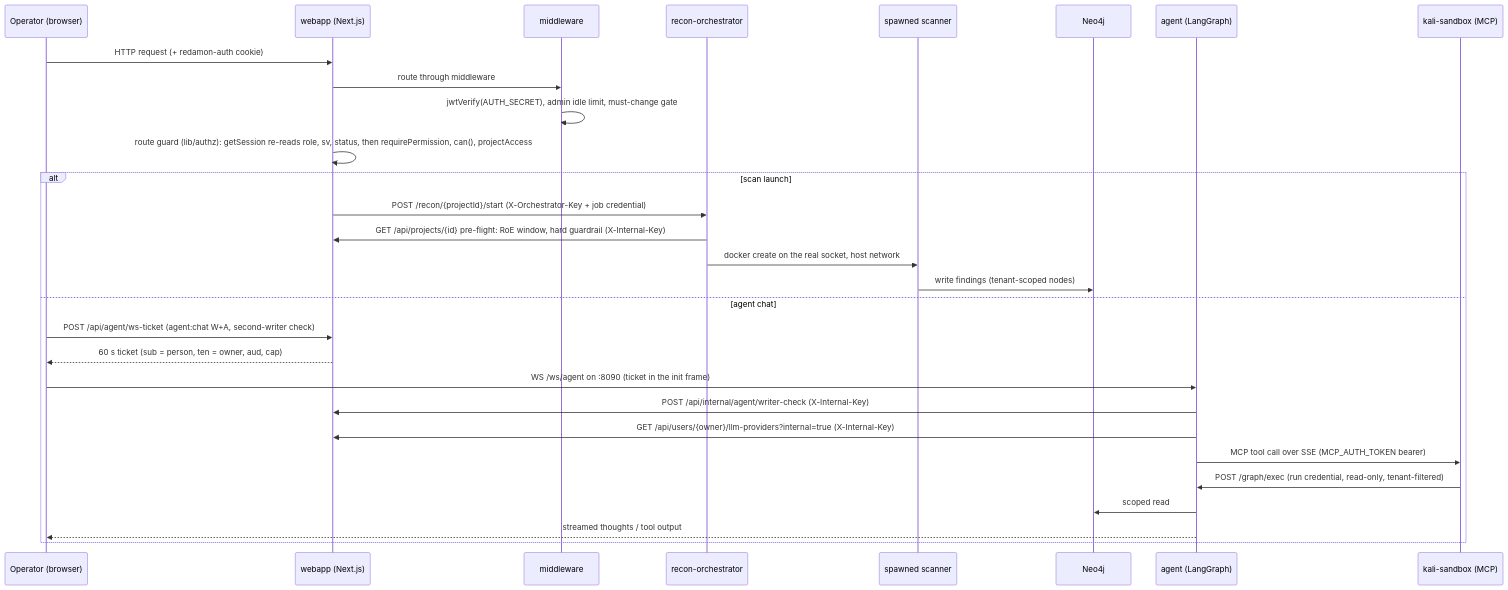
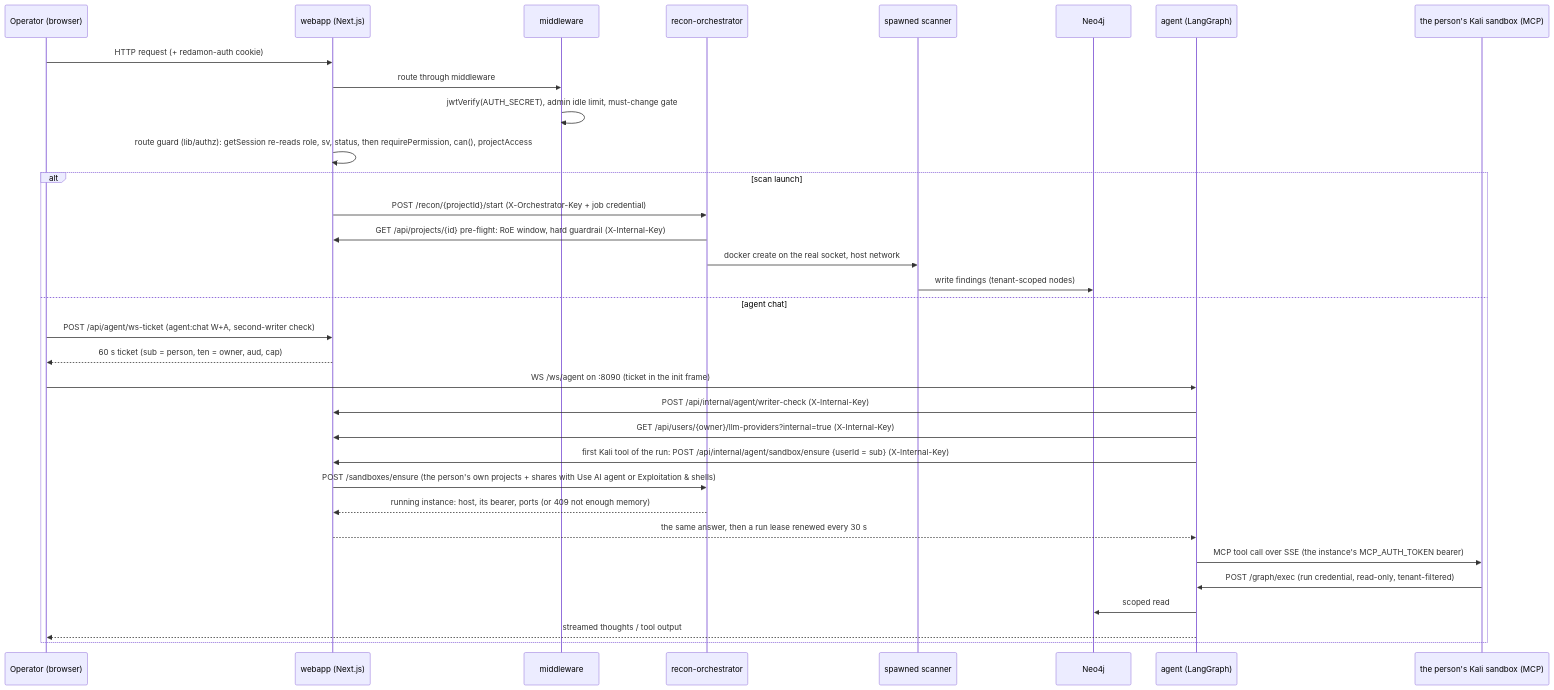
One commit to samugit83/redamon changed the second of 4 diagrams in docs/readmes/README.TM.SYSTEM_OVERVIEW.md. Above: the diagram before and after it, drawn with Mermaid. The commit also changed other lines of this file and 52 other files, not shown here.

First line of the commit message:
docs(sandbox): per-user Kali sandboxes across docs, wiki and agent rules (group 1)

````diff
--- a/docs/readmes/README.TM.SYSTEM_OVERVIEW.md
+++ b/docs/readmes/README.TM.SYSTEM_OVERVIEW.md
@@ -277,32 +282,36 @@
 ```mermaid
 sequenceDiagram
     participant U as Operator (browser)
     participant W as webapp (Next.js)
     participant MW as middleware
     participant O as recon-orchestrator
     participant S as spawned scanner
     participant N as Neo4j
     participant A as agent (LangGraph)
-    participant K as kali-sandbox (MCP)
+    participant K as the person's Kali sandbox (MCP)
 
     U->>W: HTTP request (+ redamon-auth cookie)
     W->>MW: route through middleware
     MW->>MW: jwtVerify(AUTH_SECRET), admin idle limit, must-change gate
     W->>W: route guard (lib/authz): getSession re-reads role, sv, status, then requirePermission, can(), projectAccess
     alt scan launch
         W->>O: POST /recon/{projectId}/start (X-Orchestrator-Key + job credential)
         O->>W: GET /api/projects/{id} pre-flight: RoE window, hard guardrail (X-Internal-Key)
         O->>S: docker create on the real socket, host network
         S->>N: write findings (tenant-scoped nodes)
     else agent chat
         U->>W: POST /api/agent/ws-ticket (agent:chat W+A, second-writer check)
         W-->>U: 60 s ticket (sub = person, ten = owner, aud, cap)
         U->>A: WS /ws/agent on :8090 (ticket in the init frame)
         A->>W: POST /api/internal/agent/writer-check (X-Internal-Key)
         A->>W: GET /api/users/{owner}/llm-providers?internal=true (X-Internal-Key)
-        A->>K: MCP tool call over SSE (MCP_AUTH_TOKEN bearer)
+        A->>W: first Kali tool of the run: POST /api/internal/agent/sandbox/ensure {userId = sub} (X-Internal-Key)
+        W->>O: POST /sandboxes/ensure (the person's own projects + shares with Use AI agent or Exploitation & shells)
+        O-->>W: running instance: host, its bearer, ports (or 409 not enough memory)
+        W-->>A: the same answer, then a run lease renewed every 30 s
+        A->>K: MCP tool call over SSE (the instance's MCP_AUTH_TOKEN bearer)
         K->>A: POST /graph/exec (run credential, read-only, tenant-filtered)
         A->>N: scoped read
         A-->>U: streamed thoughts / tool output
     end
 ```
````
